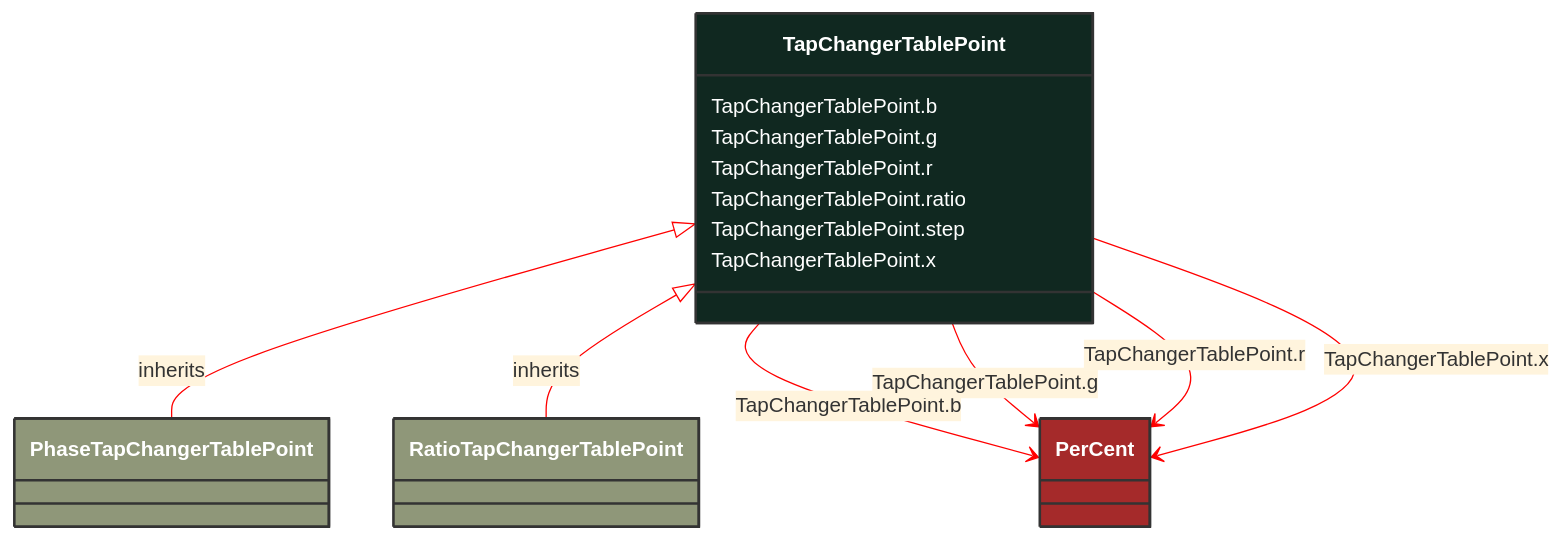
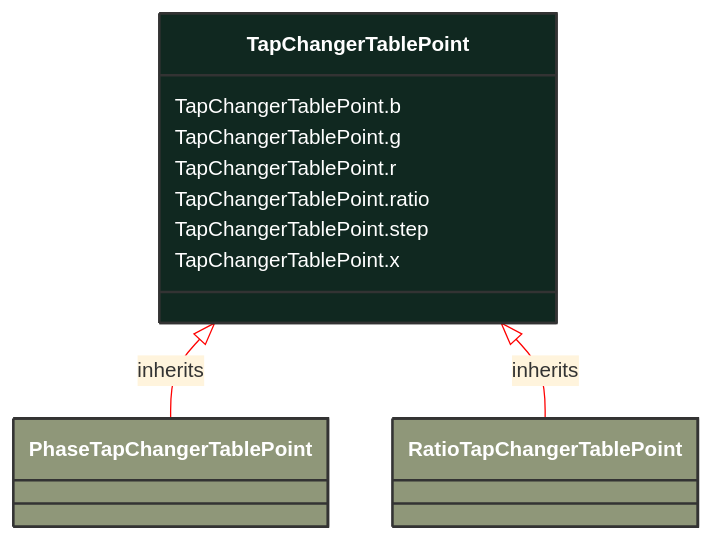
Before and after one commit to 3lbits/NoCIMExtensions: the diagram in docs/Models/Profiles/CoreEquipment/ConcreteClasses/TapChangerTablePoint.md, drawn with Mermaid. The commit also changed 397 other files, not shown here.

First line of the commit message:
Refactor CIM schemas to introduce abstract classes and consolidate data types

````diff
--- a/docs/Models/Profiles/CoreEquipment/ConcreteClasses/TapChangerTablePoint.md
+++ b/docs/Models/Profiles/CoreEquipment/ConcreteClasses/TapChangerTablePoint.md
@@ -8,48 +8,28 @@
 ```mermaid
 %%{init: {'theme':'base','themeVariables': {'lineColor': '#FF0000'}}}%%
 classDiagram
     class TapChangerTablePoint
     click TapChangerTablePoint href "/Models/Profiles/CoreEquipment/ConcreteClasses/TapChangerTablePoint/"
     style TapChangerTablePoint fill:#102820,stroke:#333,stroke-width:2px,rx:10,ry:10,color:white
 
         TapChangerTablePoint <|-- PhaseTapChangerTablePoint : inherits
 
         PhaseTapChangerTablePoint
             click PhaseTapChangerTablePoint href "/Models/Profiles/CoreEquipment/ConcreteClasses/PhaseTapChangerTablePoint/"
             style PhaseTapChangerTablePoint fill:#8F9779,stroke:#333,stroke-width:2px,rx:10,ry:10,color:white
 
         TapChangerTablePoint <|-- RatioTapChangerTablePoint : inherits
 
         RatioTapChangerTablePoint
             click RatioTapChangerTablePoint href "/Models/Profiles/CoreEquipment/ConcreteClasses/RatioTapChangerTablePoint/"
             style RatioTapChangerTablePoint fill:#8F9779,stroke:#333,stroke-width:2px,rx:10,ry:10,color:white
 
-        TapChangerTablePoint --> PerCent : TapChangerTablePoint.b
-
-        PerCent
-            click PerCent href "/Models/Profiles/CoreEquipment/ConcreteClasses/PerCent/"
-            style PerCent fill:#A52A2A,stroke:#333,stroke-width:2px,rx:10,ry:10,color:white
-        TapChangerTablePoint --> PerCent : TapChangerTablePoint.g
-
-        PerCent
-            click PerCent href "/Models/Profiles/CoreEquipment/ConcreteClasses/PerCent/"
-            style PerCent fill:#A52A2A,stroke:#333,stroke-width:2px,rx:10,ry:10,color:white
-        TapChangerTablePoint --> PerCent : TapChangerTablePoint.r
-
-        PerCent
-            click PerCent href "/Models/Profiles/CoreEquipment/ConcreteClasses/PerCent/"
-            style PerCent fill:#A52A2A,stroke:#333,stroke-width:2px,rx:10,ry:10,color:white
-        TapChangerTablePoint --> PerCent : TapChangerTablePoint.x
-
-        PerCent
-            click PerCent href "/Models/Profiles/CoreEquipment/ConcreteClasses/PerCent/"
-            style PerCent fill:#A52A2A,stroke:#333,stroke-width:2px,rx:10,ry:10,color:white
 
 
         TapChangerTablePoint : TapChangerTablePoint.b
         TapChangerTablePoint : TapChangerTablePoint.g
         TapChangerTablePoint : TapChangerTablePoint.r
         TapChangerTablePoint : TapChangerTablePoint.ratio
         TapChangerTablePoint : TapChangerTablePoint.step
         TapChangerTablePoint : TapChangerTablePoint.x
 ```
````
